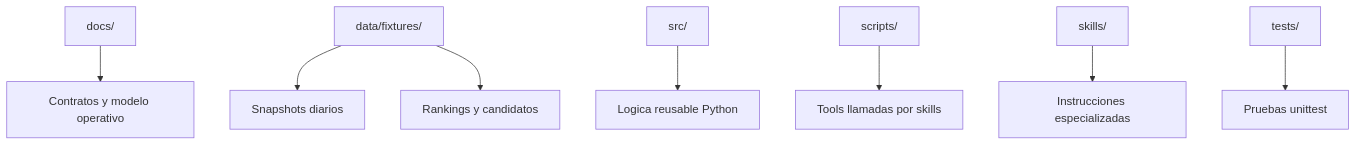
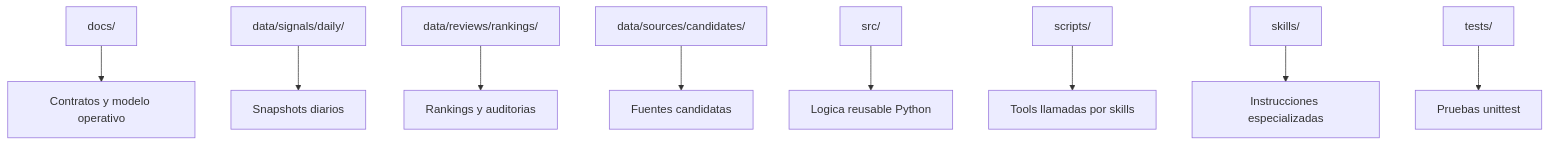
Before and after one commit to PedroHincapie/codex-: the sixth of 7 diagrams in docs/ai-radar-operating-model.md, drawn with Mermaid. The commit also changed other lines of this file and 26 other files, not shown here.

````diff
--- a/docs/ai-radar-operating-model.md
+++ b/docs/ai-radar-operating-model.md
@@ -154,10 +156,11 @@
 ```mermaid
 flowchart TD
   A[docs/] --> A1[Contratos y modelo operativo]
-  B[data/fixtures/] --> B1[Snapshots diarios]
-  B --> B2[Rankings y candidatos]
-  C[src/] --> C1[Logica reusable Python]
-  D[scripts/] --> D1[Tools llamadas por skills]
-  E[skills/] --> E1[Instrucciones especializadas]
-  F[tests/] --> F1[Pruebas unittest]
+  B[data/signals/daily/] --> B1[Snapshots diarios]
+  C[data/reviews/rankings/] --> C1[Rankings y auditorias]
+  G[data/sources/candidates/] --> G1[Fuentes candidatas]
+  D[src/] --> D1[Logica reusable Python]
+  E[scripts/] --> E1[Tools llamadas por skills]
+  H[skills/] --> H1[Instrucciones especializadas]
+  I[tests/] --> I1[Pruebas unittest]
 ```
````
